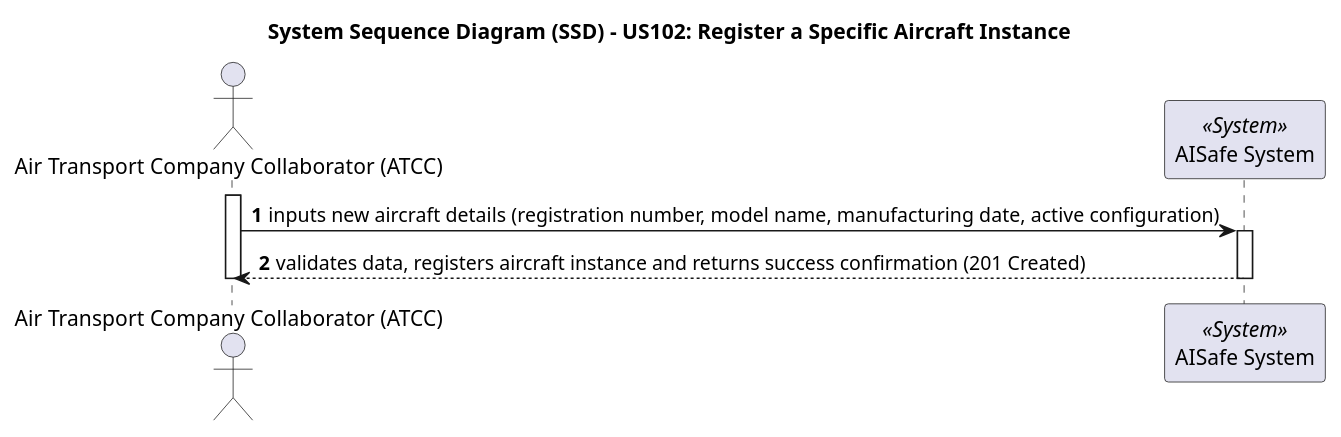
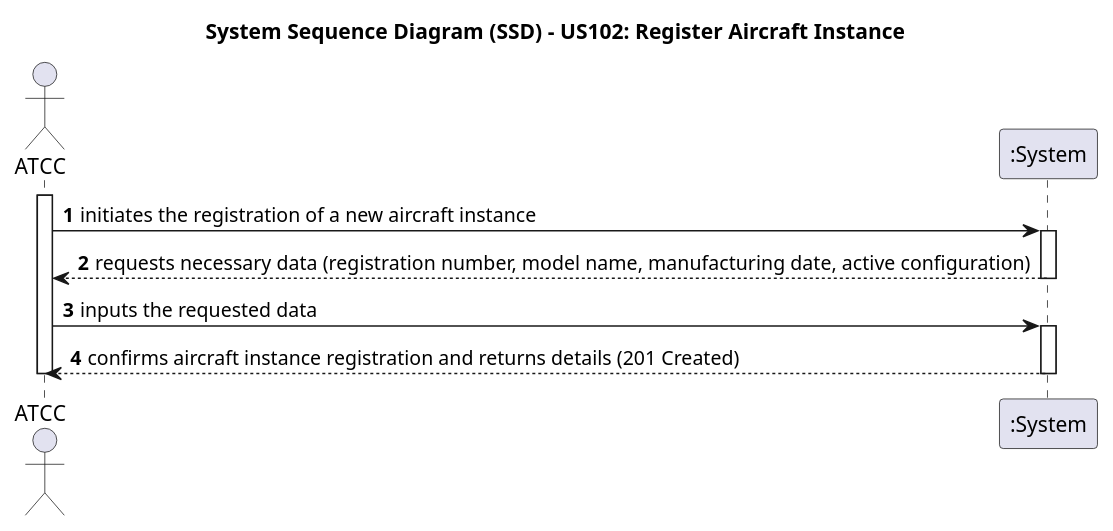
The diagram in docs/use-cases/WP#1A/US102/puml/US102-SSD.puml (Andre-1240567/psoft2026_2DB_1240567_1241013_1240624), drawn with PlantUML before and after one commit. The commit also changed 21 other files, not shown here.

```diff
--- a/docs/use-cases/WP#1A/US102/puml/US102-SSD.puml
+++ b/docs/use-cases/WP#1A/US102/puml/US102-SSD.puml
@@ -1,17 +1,19 @@
 @startuml SSD_US102
 autonumber
-title System Sequence Diagram (SSD) - US102: Register a Specific Aircraft Instance
+title System Sequence Diagram (SSD) - US102: Register Aircraft Instance
 
-actor "Air Transport Company Collaborator (ATCC)" as Actor
-participant "AISafe System" as System <<System>>
+actor "ATCC" as Actor
+participant ":System" as System
 
 activate Actor
-
-Actor -> System: inputs new aircraft details (registration number, model name, manufacturing date, active configuration)
+Actor -> System: initiates the registration of a new aircraft instance
 activate System
-
-System --> Actor: validates data, registers aircraft instance and returns success confirmation (201 Created)
+System --> Actor: requests necessary data (registration number, model name, manufacturing date, active configuration)
 deactivate System
 
+Actor -> System: inputs the requested data
+activate System
+System --> Actor: confirms aircraft instance registration and returns details (201 Created)
+deactivate System
 deactivate Actor
 @enduml
```
